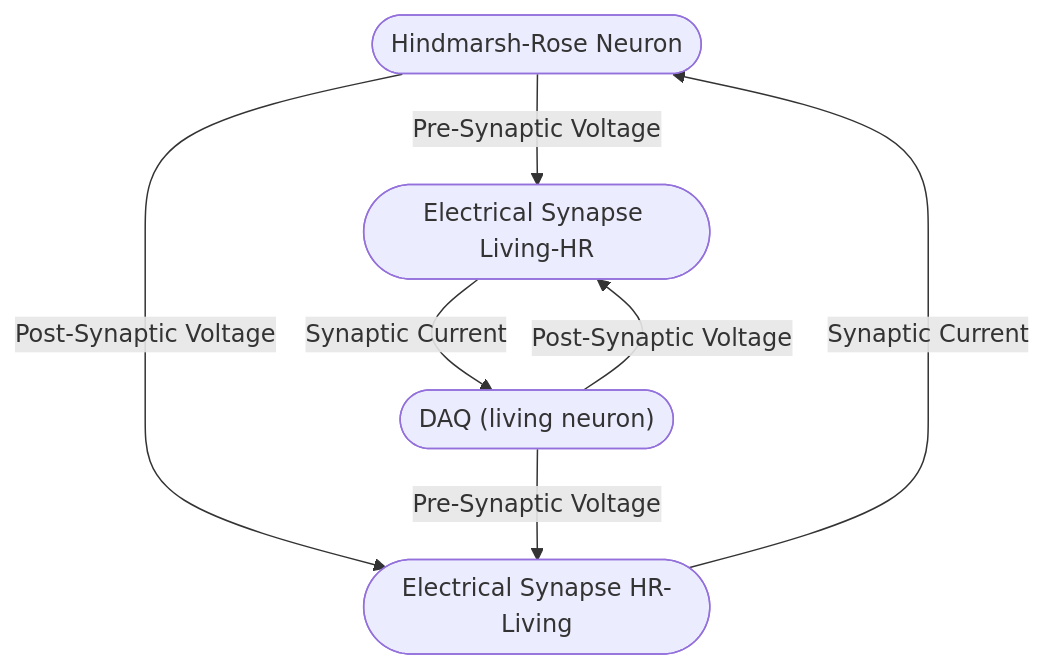
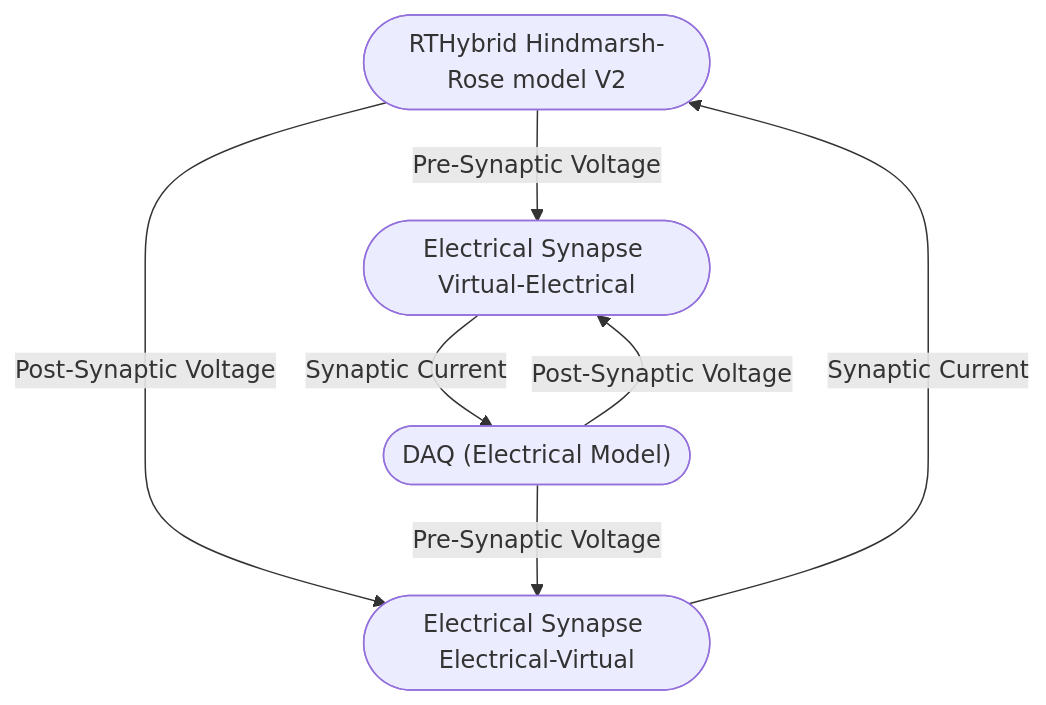
One commit to sergiohidalgo818/tfg-data changed the first of 3 diagrams in neuron-circuits/rtxi/README.md. Above: the diagram before and after it, drawn with Mermaid. The commit also changed other lines of this file, not shown here.

Commit message:
diagrams

````diff
--- a/neuron-circuits/rtxi/README.md
+++ b/neuron-circuits/rtxi/README.md
@@ -44,16 +44,15 @@
 ```mermaid
 ---
 config:
   theme: mc
   look: classic
   layout: dagre
 ---
 flowchart TD
-    n1(["Hindmarsh-Rose Neuron"]) -- "Post-Synaptic Voltage" --> A(["Electrical Synapse HR-Living"])
-    n2(["DAQ (living neuron) <br>"]) -- "Pre-Synaptic Voltage" --> A
+    n1(["RTHybrid Hindmarsh-Rose model V2"]) -- "Post-Synaptic Voltage" --> A(["Electrical Synapse Electrical-Virtual"])
+    n2(["DAQ (Electrical Model)<br>"]) -- "Pre-Synaptic Voltage" --> A
     A -- Synaptic Current --> n1
-    n2 -- "Post-Synaptic Voltage" --> n3(["Electrical Synapse Living-HR"])
+    n2 -- "Post-Synaptic Voltage" --> n3(["Electrical Synapse Virtual-Electrical"])
     n1 -- "Pre-Synaptic Voltage" --> n3
     n3 -- "<span style=padding-left:>Synaptic Current</span>" --> n2
-
 ```
````
